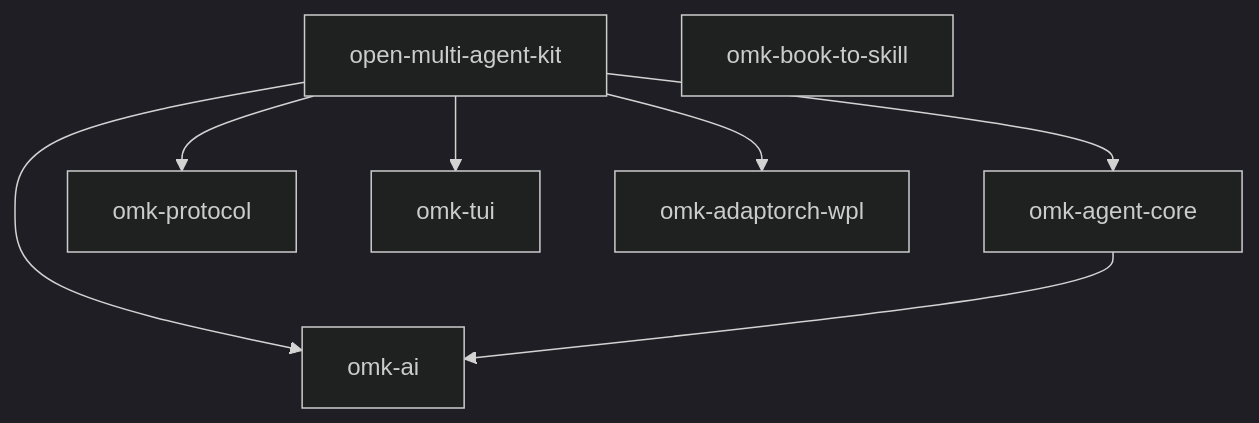
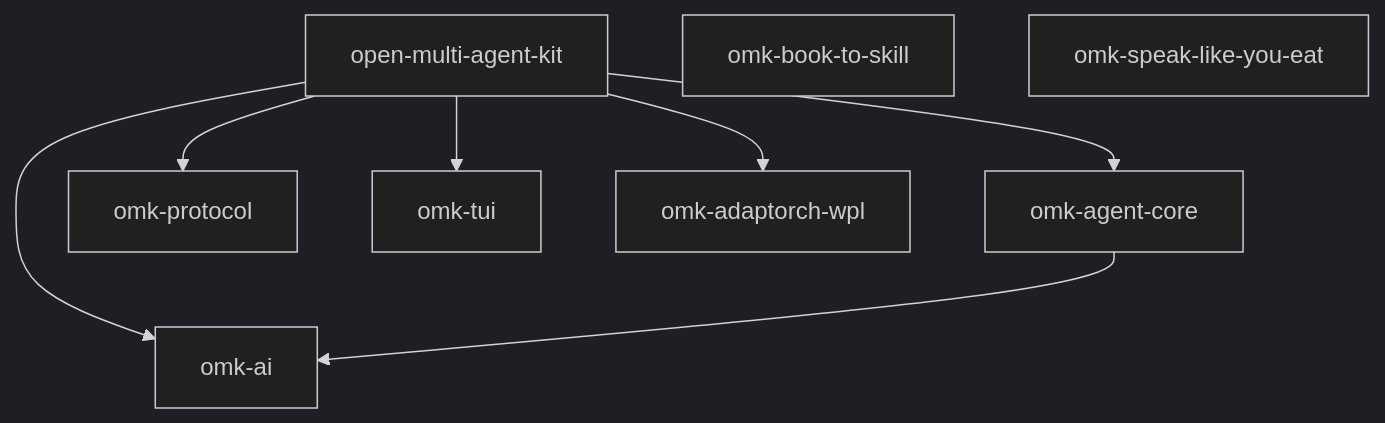
The first of 4 diagrams in packages/coding-agent/docs/runtime-architecture.md (dmae97/omk), drawn with Mermaid (dark theme) before and after one commit. The commit also changed other lines of this file and 60 other files, not shown here.

````diff
--- a/packages/coding-agent/docs/runtime-architecture.md
+++ b/packages/coding-agent/docs/runtime-architecture.md
@@ -9,10 +9,11 @@
 ```mermaid
 flowchart TD
   CLI[open-multi-agent-kit] --> Agent[omk-agent-core]
   CLI --> AI[omk-ai]
   CLI --> Protocol[omk-protocol]
   CLI --> TUI[omk-tui]
   CLI --> WPL[omk-adaptorch-wpl]
   Agent --> AI
   Book[omk-book-to-skill]
+  Slye[omk-speak-like-you-eat]
 ```
````
